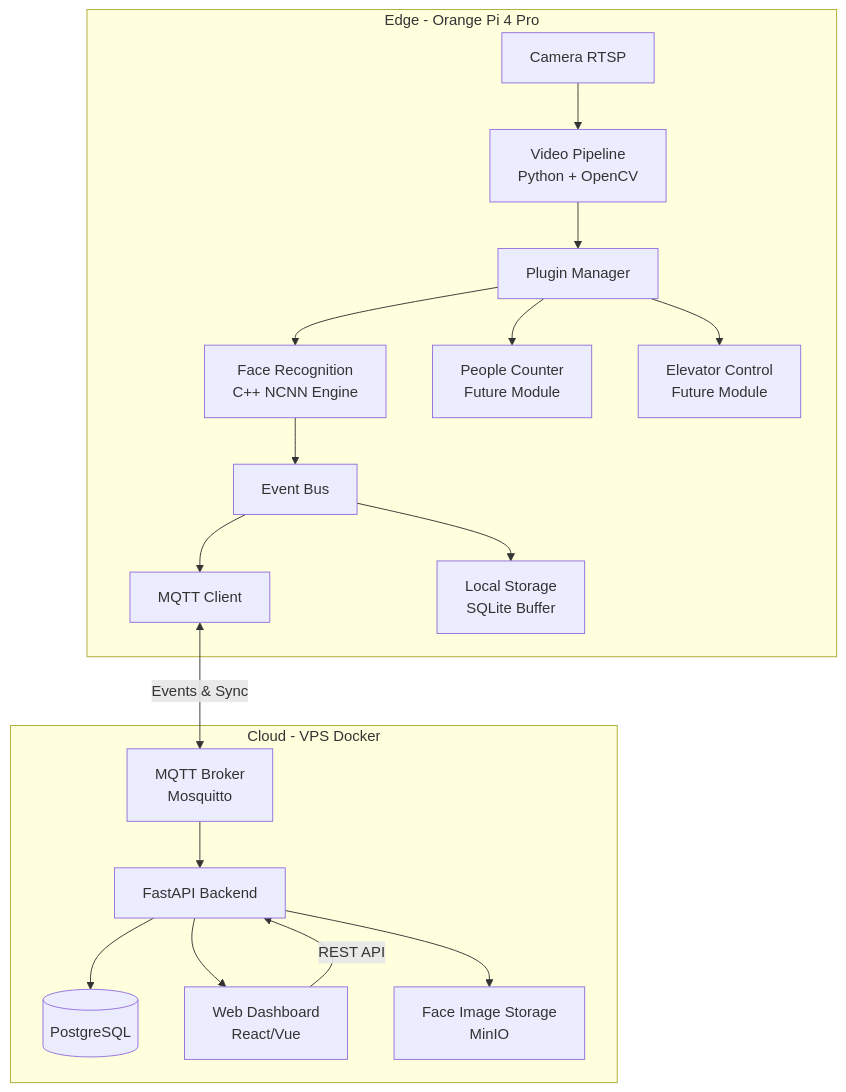
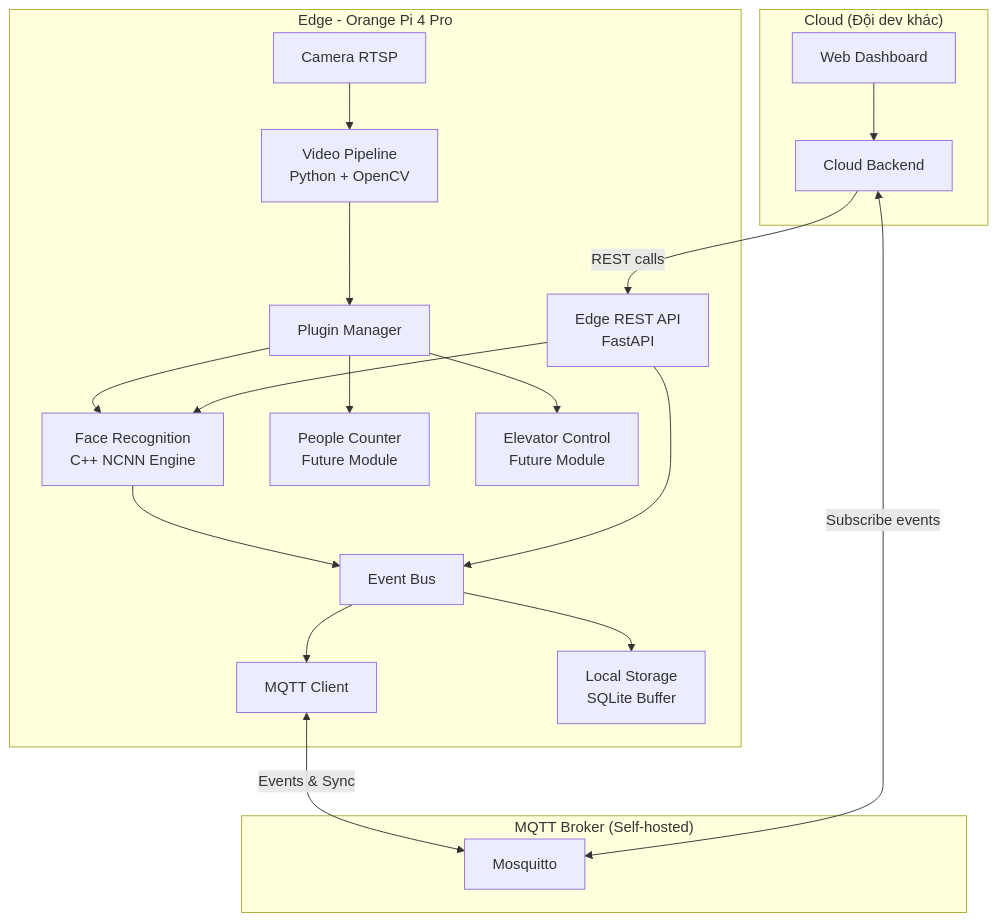
One commit to hiimshyy/ele_vision changed the first of 2 diagrams in docs/implementation_plan.md. Above: the diagram before and after it, drawn with Mermaid. The commit also changed other lines of this file and 4 other files, not shown here.

````diff
--- a/docs/implementation_plan.md
+++ b/docs/implementation_plan.md
@@ -40,23 +42,29 @@
 ```mermaid
 graph TB
     subgraph "Edge - Orange Pi 4 Pro"
         CAM[Camera RTSP] --> VP[Video Pipeline<br/>Python + OpenCV]
         VP --> PM[Plugin Manager]
         PM --> FR[Face Recognition<br/>C++ NCNN Engine]
         PM --> PC[People Counter<br/>Future Module]
         PM --> EC[Elevator Control<br/>Future Module]
         FR --> EB[Event Bus]
         EB --> MQTT_C[MQTT Client]
         EB --> LS[Local Storage<br/>SQLite Buffer]
+        API[Edge REST API<br/>FastAPI] --> FR
+        API --> EB
     end
 
-    subgraph "Cloud - VPS Docker"
-        MQTT_B[MQTT Broker<br/>Mosquitto] --> API[FastAPI Backend]
-        API --> DB[(PostgreSQL)]
-        API --> WEB[Web Dashboard<br/>React/Vue]
-        API --> S3[Face Image Storage<br/>MinIO]
+    subgraph "MQTT Broker (Self-hosted)"
+        MQTT_B[Mosquitto]
+    end
+
+    subgraph "Cloud (Đội dev khác)"
+        CLOUD_API[Cloud Backend]
+        CLOUD_WEB[Web Dashboard]
     end
 
     MQTT_C <-->|Events & Sync| MQTT_B
-    WEB -->|REST API| API
+    CLOUD_API <-->|Subscribe events| MQTT_B
+    CLOUD_API -->|REST calls| API
+    CLOUD_WEB --> CLOUD_API
 ```
````
